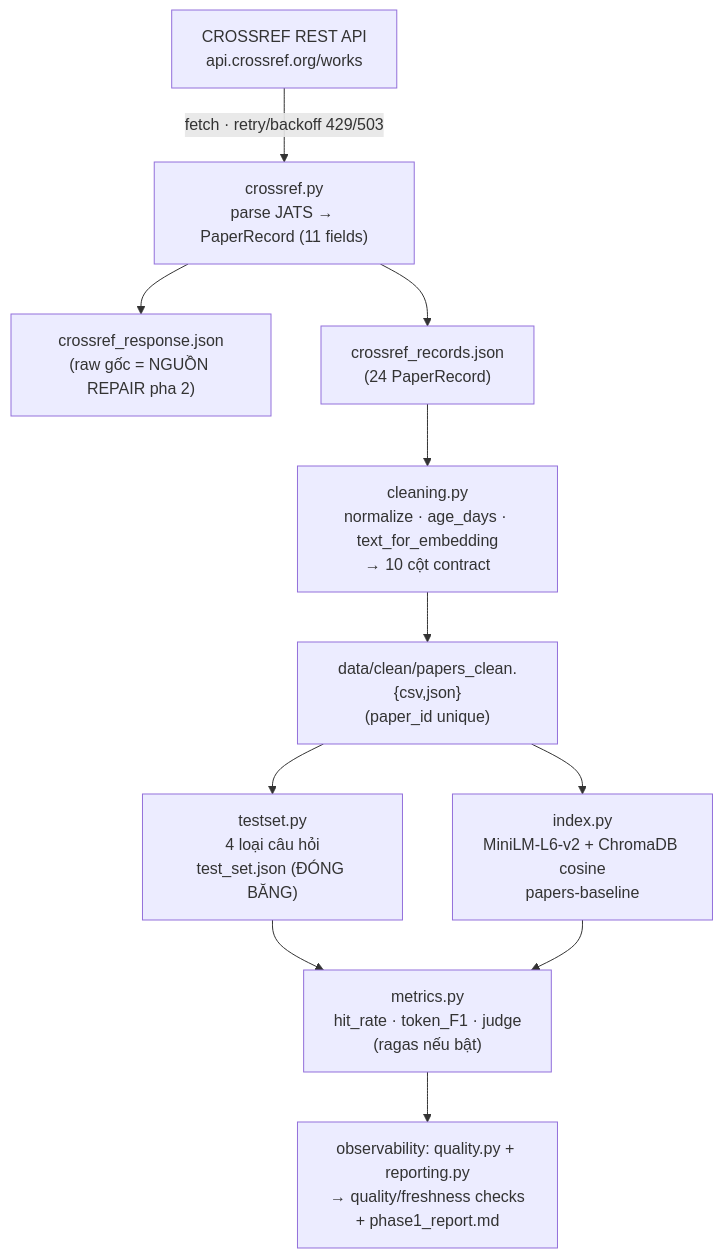
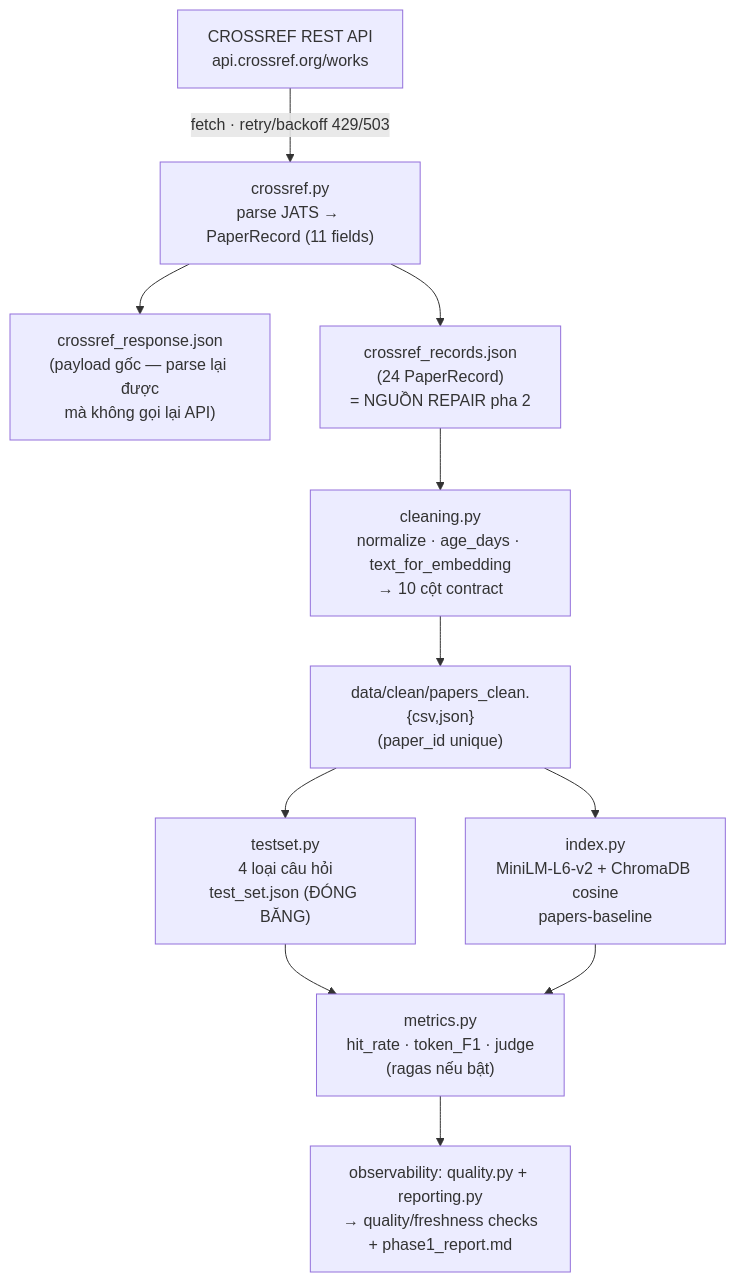
Before and after one commit to Marvis12957/K3_Day10_VinBrothers: the first of 3 diagrams in docs/EXPLAIN_PIPELINE.md, drawn with Mermaid. The commit also changed other lines of this file, not shown here.

Commit message:
fix(docs): repair source is crossref_records.json, and there are 7 corruption scenarios
corruption_flow.py calls load_raw_records(paths.raw_records_json), so the
repair source is crossref_records.json, not crossref_response.json. The
response payload is what lets us re-parse without spending API calls — a
different guarantee, worth labelling separately.

````diff
--- a/docs/EXPLAIN_PIPELINE.md
+++ b/docs/EXPLAIN_PIPELINE.md
@@ -12,13 +12,13 @@
 ```mermaid
 flowchart TD
     A["CROSSREF REST API<br/>api.crossref.org/works"] -->|"fetch · retry/backoff 429/503"| B["crossref.py<br/>parse JATS → PaperRecord (11 fields)"]
-    B --> R1["crossref_response.json<br/>(raw gốc = NGUỒN REPAIR pha 2)"]
-    B --> R2["crossref_records.json<br/>(24 PaperRecord)"]
+    B --> R1["crossref_response.json<br/>(payload gốc — parse lại được<br/>mà không gọi lại API)"]
+    B --> R2["crossref_records.json<br/>(24 PaperRecord)<br/>= NGUỒN REPAIR pha 2"]
     R2 --> C["cleaning.py<br/>normalize · age_days · text_for_embedding<br/>→ 10 cột contract"]
     C --> D["data/clean/papers_clean.{csv,json}<br/>(paper_id unique)"]
     D --> E["testset.py<br/>4 loại câu hỏi<br/>test_set.json (ĐÓNG BĂNG)"]
     D --> F["index.py<br/>MiniLM-L6-v2 + ChromaDB cosine<br/>papers-baseline"]
     E --> G["metrics.py<br/>hit_rate · token_F1 · judge<br/>(ragas nếu bật)"]
     F --> G
     G --> H["observability: quality.py + reporting.py<br/>→ quality/freshness checks<br/>+ phase1_report.md"]
 ```
````
